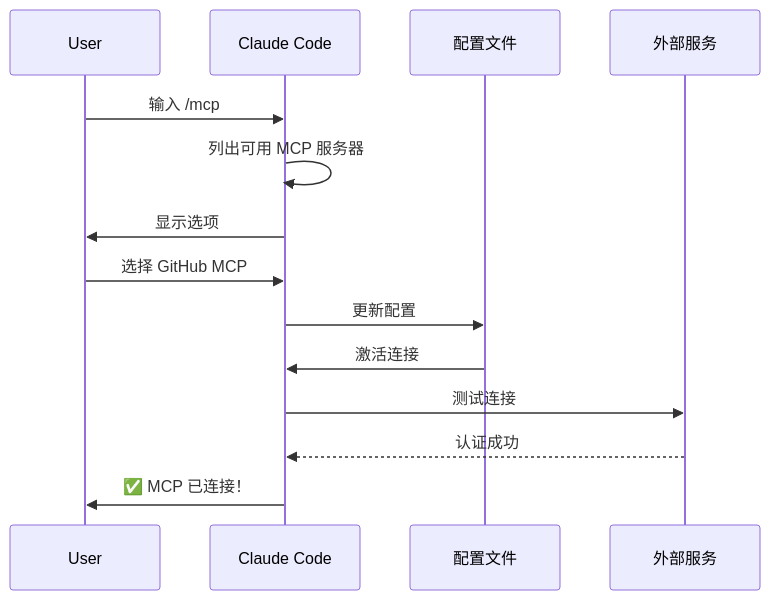
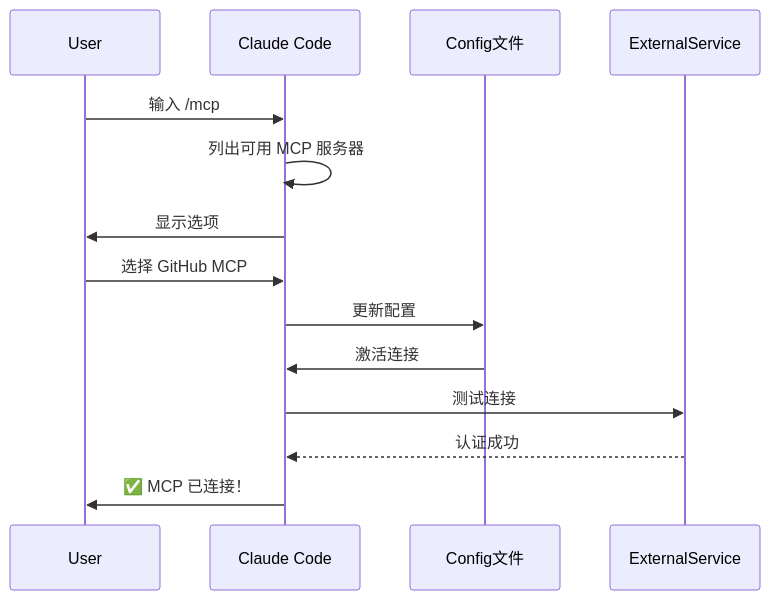
One commit to Rx782-Fss/claude-howto-zh changed diagram 14 of 31 in claude_concepts_guide.md. Above: the diagram before and after it, drawn with Mermaid. The commit also changed other lines of this file and 4 other files, not shown here.

Commit message:
fix: sequenceDiagram participant as 中文别名改为英文避免 GitHub 渲染失败

````diff
--- a/claude_concepts_guide.md
+++ b/claude_concepts_guide.md
@@ -980,17 +980,17 @@
 ```mermaid
 sequenceDiagram
     participant User
     participant Claude as Claude Code
-    participant Config as 配置文件
-    participant Service as 外部服务
+    participant Config as Config文件
+    participant Service as ExternalService
 
     User->>Claude: 输入 /mcp
     Claude->>Claude: 列出可用 MCP 服务器
     Claude->>User: 显示选项
     User->>Claude: 选择 GitHub MCP
     Claude->>Config: 更新配置
     Config->>Claude: 激活连接
     Claude->>Service: 测试连接
     Service-->>Claude: 认证成功
     Claude->>User: ✅ MCP 已连接！
 ```
````
